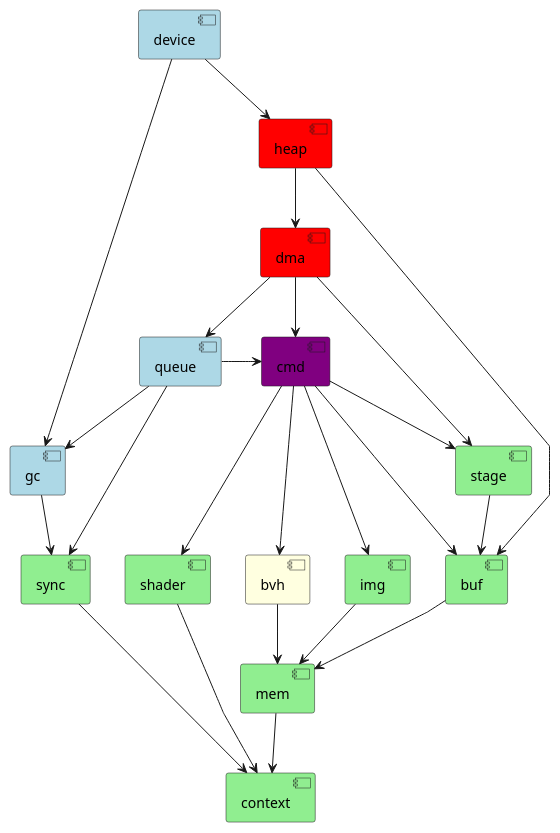
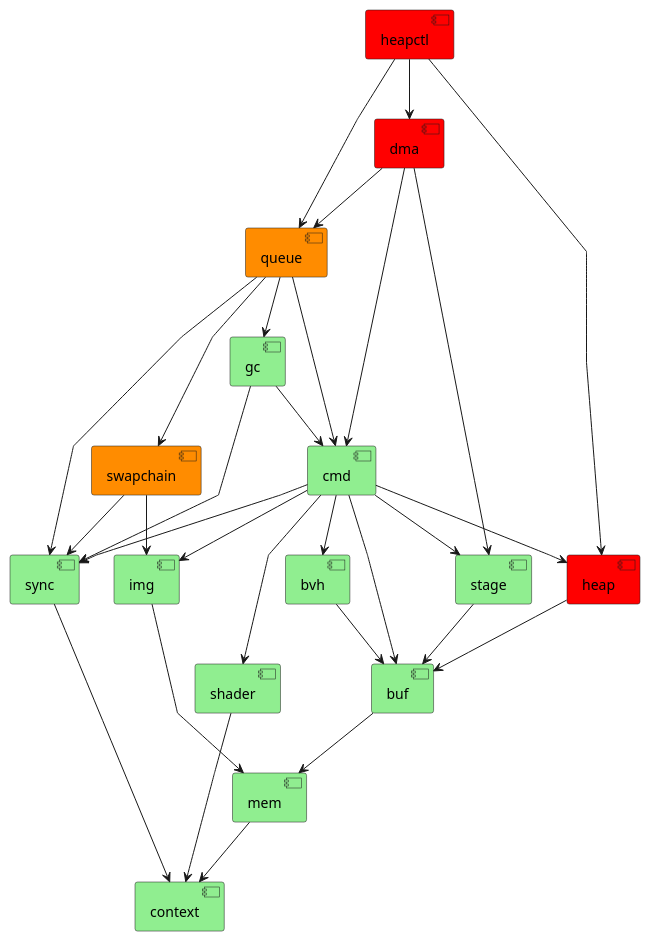
The diagram in rhi.puml (kistenklaus/strobe-game-engine), drawn with PlantUML before and after one commit. The commit also changed 34 other files, not shown here.

Commit message:
nvm refactoring is great, the timelines could be a crazy primitive

```diff
--- a/rhi.puml
+++ b/rhi.puml
@@ -1,61 +1,65 @@
 @startuml
 skinparam linetype polyline
 
-together {
 component "context" as context #LightGreen
 Component "mem" as mem #LightGreen
-}
 
-together {
 component "shader" as shader #LightGreen
 component "sync" as sync #LightGreen
 component "buf" as buf #LightGreen
 component "img" as img #LightGreen
-component "bvh" as bvh #LightYellow
-}
+component "bvh" as bvh #LightGreen
+component "swapchain" as swapchain #DarkOrange
 
 
 component "stage" as stage #LightGreen
-component "cmd" as cmd #Purple
-component "queue" as queue #LightBlue
-component "gc" as gc #LightBlue
+component "cmd" as cmd #LightGreen
+component "queue" as queue #DarkOrange
+component "gc" as gc #LightGreen
 
 
 component "dma" as dma #Red
 component "heap" as heap #Red
 
-component "device" as device #LightBlue
+component "heapctl" as heapctl #Red
 
 [shader] --> [context]
 [sync] --> [context]
 [mem] --> [context]
 
 [buf] --> [mem]
 [img] --> [mem]
-[bvh] --> [mem]
+
+[bvh] --> [buf]
 
 [stage] --> [buf]
 
 [cmd] --> [buf]
 [cmd] --> [img]
 [cmd] --> [bvh]
 [cmd] --> [shader]
 [cmd] --> [stage]
 
+[cmd] --> [heap]
+[cmd] --> [sync]
+
+[swapchain] --> [img]
+[swapchain] --> [sync]
+[queue] --> [swapchain]
+
 [queue] --> [gc]
 [gc] --> [sync]
+[gc] --> [cmd]
 [queue] -> [cmd]
 [queue] -> [sync]
 
 [dma] --> [queue]
 [dma] --> [stage]
 [dma] --> [cmd]
 
-[heap] --> [dma]
 [heap] --> [buf]
-
-[device] --> [heap]
-[device] --> [gc]
-
+[heapctl] --> [heap]
+[heapctl] --> [dma]
+[heapctl] --> [queue]
 
 @enduml
```
